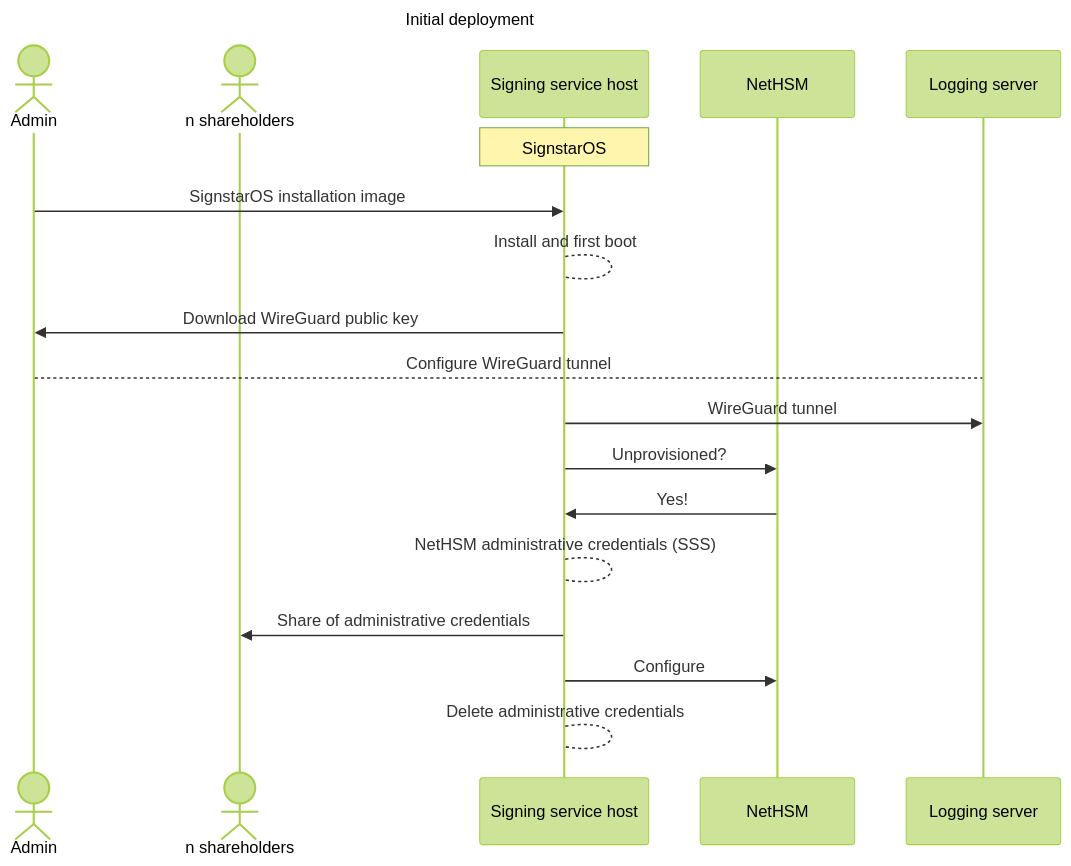
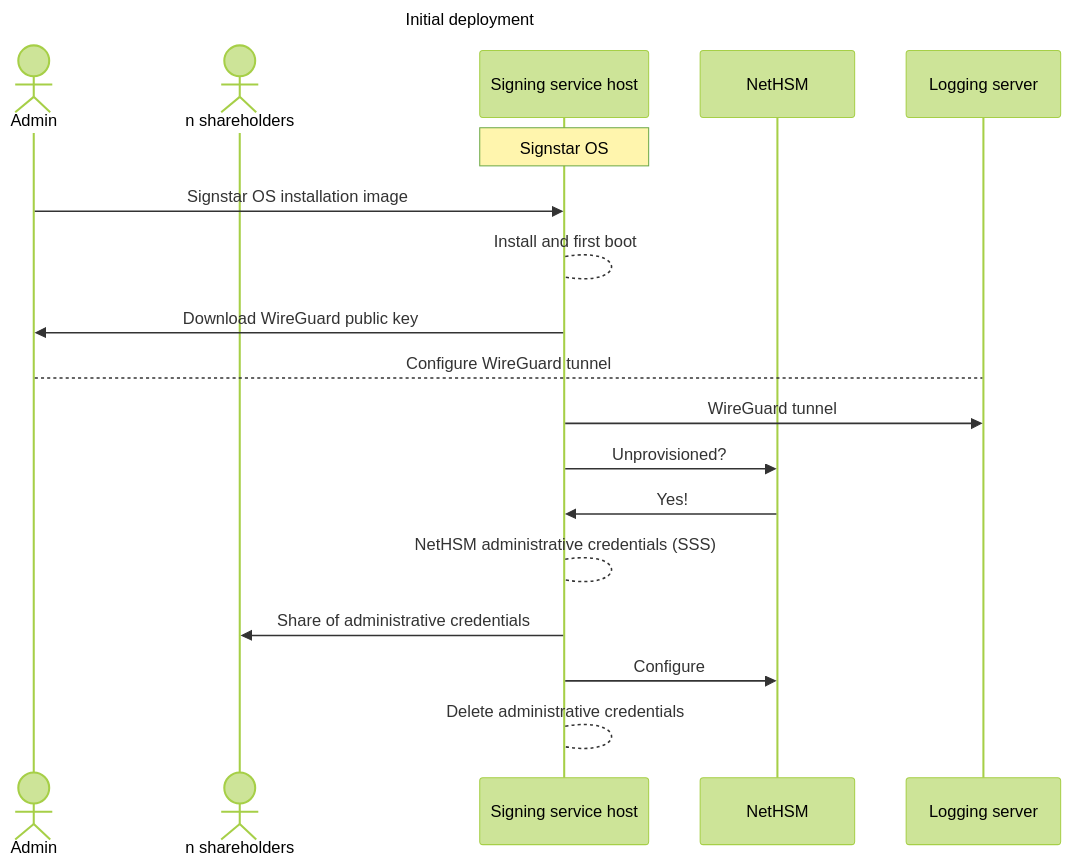
The fifth of 9 diagrams in resources/docs/design.md (archlinux/signstar), drawn with Mermaid (forest theme) before and after one commit. The commit also changed other lines of this file and 42 other files, not shown here.

````diff
--- a/resources/docs/design.md
+++ b/resources/docs/design.md
@@ -304,25 +304,25 @@
 ```mermaid
 ---
 title: Initial deployment
 ---
 sequenceDiagram
     actor C as Admin
     actor H as n shareholders
     participant S as Signing service host
     participant N as NetHSM
     participant L as Logging server
 
-    Note over S: SignstarOS
+    Note over S: Signstar OS
 
-    C ->> S: SignstarOS installation image
+    C ->> S: Signstar OS installation image
     S --> S: Install and first boot
     S ->> C: Download WireGuard public key
     C --> L: Configure WireGuard tunnel
     S ->> L: WireGuard tunnel
     S ->> N: Unprovisioned?
     N ->> S: Yes!
     S --> S: NetHSM administrative credentials (SSS)
     S ->> H: Share of administrative credentials
     S ->> N: Configure
     S --> S: Delete administrative credentials
 ```
````
